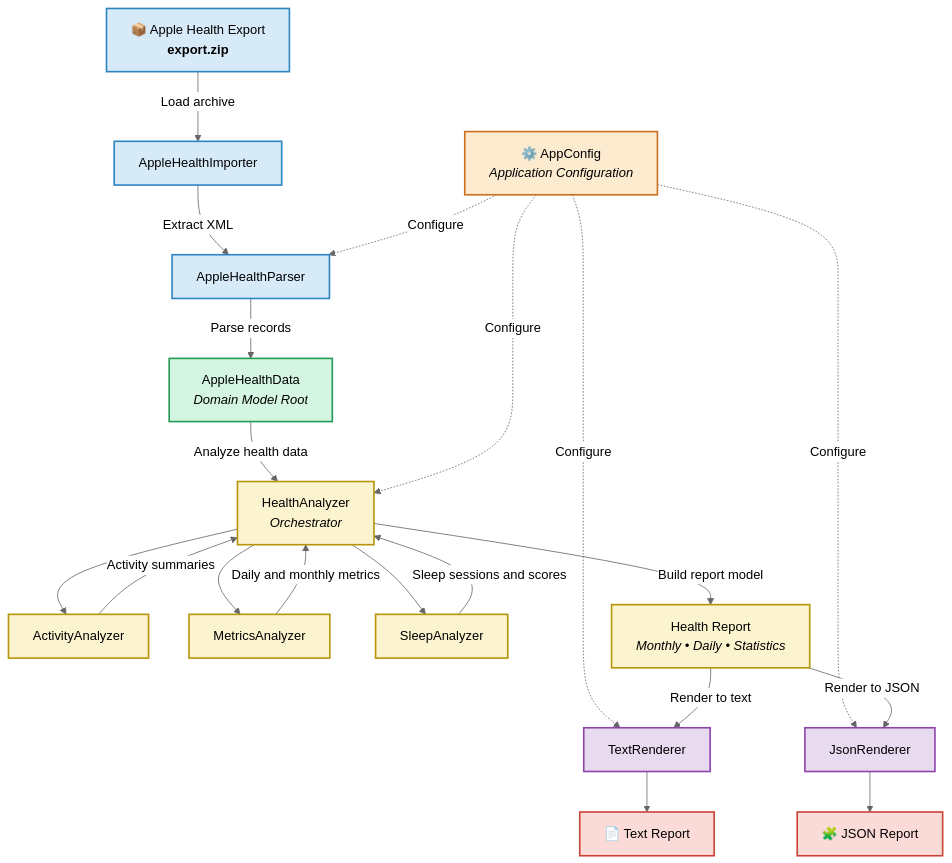
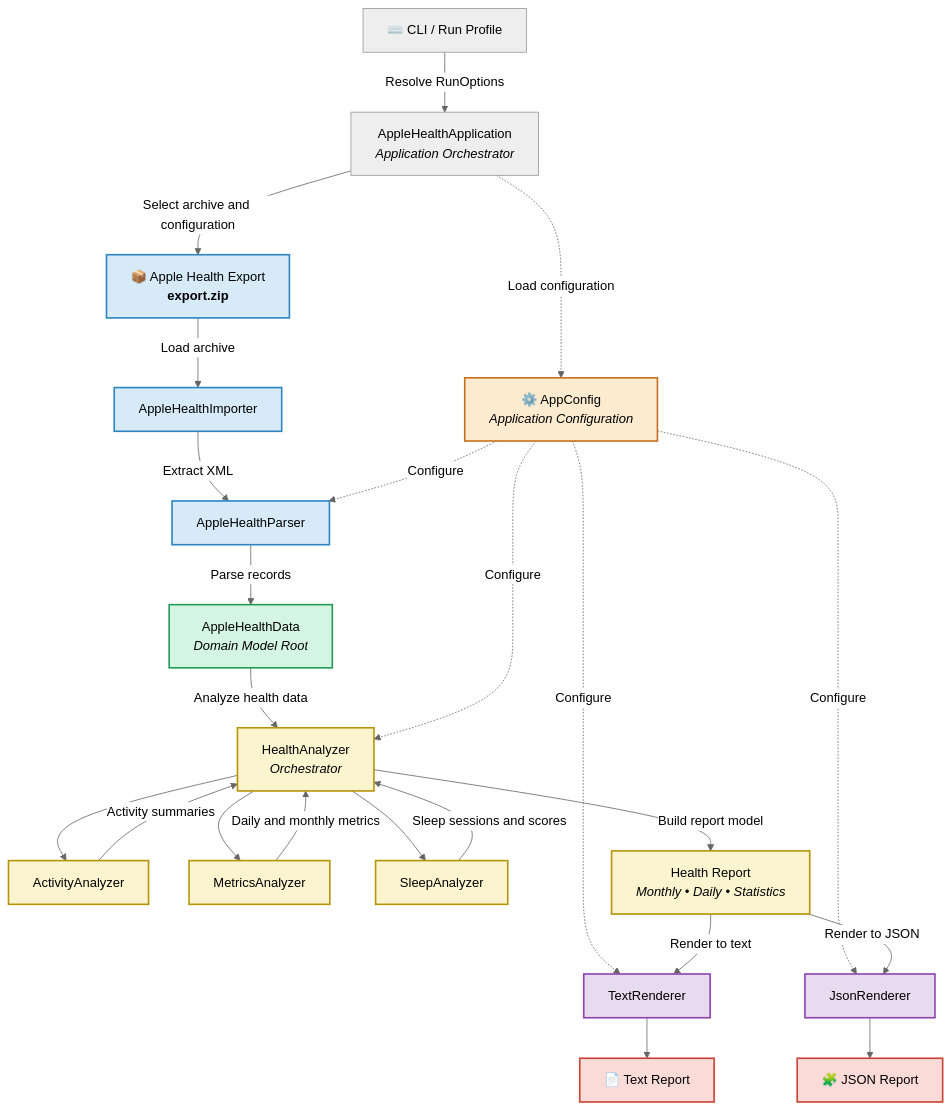
The first of 4 diagrams in README.md (MateuszMocarski/AppleHealthMonitorAnalyzer), drawn with Mermaid (neutral theme) before and after one commit. The commit also changed other lines of this file and 2 other files, not shown here.

Commit message:
docs: document run profiles and application layer

````diff
--- a/README.md
+++ b/README.md
@@ -187,59 +215,64 @@
 ```mermaid
 flowchart TD
 
+    CLI["⌨️ CLI / Run Profile"]
+    APP["AppleHealthApplication<br/><i>Application Orchestrator</i>"]
     A["📦 Apple Health Export<br/><b>export.zip</b>"]
     CFG["⚙️ AppConfig<br/><i>Application Configuration</i>"]
 
     B["AppleHealthImporter"]
     C["AppleHealthParser"]
     D["AppleHealthData<br/><i>Domain Model Root</i>"]
 
     E["HealthAnalyzer<br/><i>Orchestrator</i>"]
     EA["ActivityAnalyzer"]
     EM["MetricsAnalyzer"]
     ES["SleepAnalyzer"]
 
     F["Health Report<br/><i>Monthly • Daily • Statistics</i>"]
     G["TextRenderer"]
     GJ["JsonRenderer"]
     H["📄 Text Report"]
     HJ["🧩 JSON Report"]
 
+    CLI -->|"Resolve RunOptions"| APP
+    APP -->|"Select archive and configuration"| A
+    APP -.->|"Load configuration"| CFG
     A -->|"Load archive"| B
     B -->|"Extract XML"| C
     C -->|"Parse records"| D
     D -->|"Analyze health data"| E
 
     CFG -.->|"Configure"| C
     CFG -.->|"Configure"| E
     CFG -.->|"Configure"| G
     CFG -.->|"Configure"| GJ
 
     E --> EA
     E --> EM
     E --> ES
 
     EA -->|"Activity summaries"| E
     EM -->|"Daily and monthly metrics"| E
     ES -->|"Sleep sessions and scores"| E
 
     E -->|"Build report model"| F
     F -->|"Render to text"| G
     F -->|"Render to JSON"| GJ
     G --> H
     GJ --> HJ
 
     classDef import fill:#D6EAF8,stroke:#2E86C1,color:#000,stroke-width:2px;
     classDef config fill:#FDEBD0,stroke:#CA6F1E,color:#000,stroke-width:2px;
     classDef domain fill:#D5F5E3,stroke:#239B56,color:#000,stroke-width:2px;
     classDef analysis fill:#FCF3CF,stroke:#B7950B,color:#000,stroke-width:2px;
     classDef presentation fill:#E8DAEF,stroke:#8E44AD,color:#000,stroke-width:2px;
     classDef output fill:#FADBD8,stroke:#CB4335,color:#000,stroke-width:2px;
 
     class A,B,C import;
     class CFG config;
     class D domain;
     class E,EA,EM,ES,F analysis;
     class G,GJ presentation;
     class H,HJ output;
 ```
````
